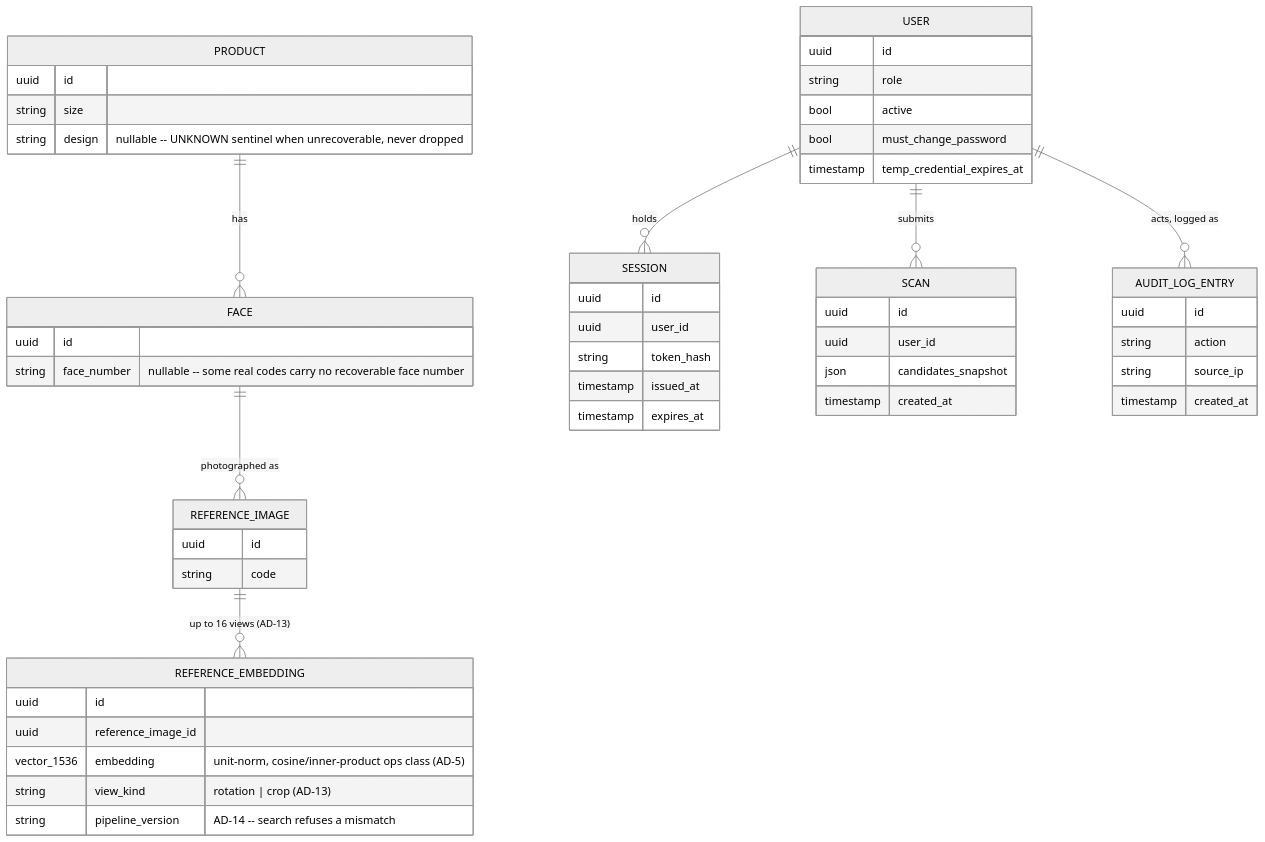
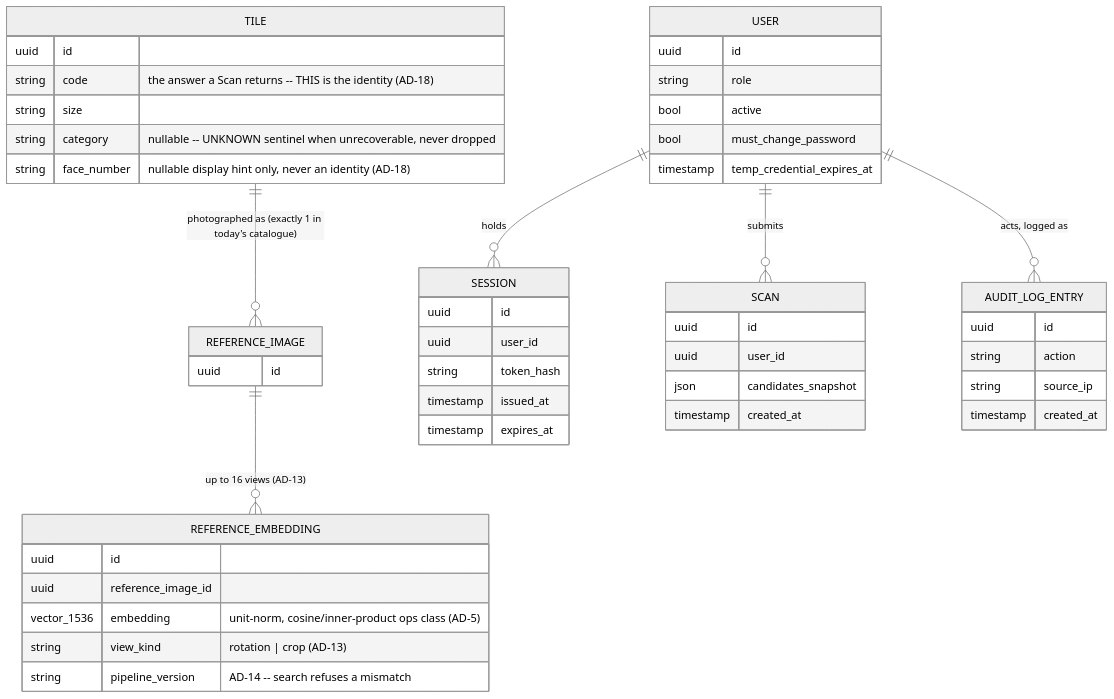
The second of 2 diagrams in _bmad-output/planning-artifacts/architecture/architecture-rcl_camera_app-2026-08-30/ARCHITECTURE-SPINE.md (SahanNagodaDigital400/rcl_camera_app), drawn with Mermaid (neutral theme) before and after one commit. The commit also changed other lines of this file and 13 other files, not shown here.

````diff
--- a/_bmad-output/planning-artifacts/architecture/architecture-rcl_camera_app-2026-08-30/ARCHITECTURE-SPINE.md
+++ b/_bmad-output/planning-artifacts/architecture/architecture-rcl_camera_app-2026-08-30/ARCHITECTURE-SPINE.md
@@ -193,56 +211,52 @@
 ```mermaid
 erDiagram
-  PRODUCT ||--o{ FACE : has
-  FACE ||--o{ REFERENCE_IMAGE : "photographed as"
+  TILE ||--o{ REFERENCE_IMAGE : "photographed as (exactly 1 in today's catalogue)"
   REFERENCE_IMAGE ||--o{ REFERENCE_EMBEDDING : "up to 16 views (AD-13)"
   USER ||--o{ SESSION : holds
   USER ||--o{ SCAN : submits
   USER ||--o{ AUDIT_LOG_ENTRY : "acts, logged as"
 
-  PRODUCT {
+  TILE {
     uuid id
+    string code "the answer a Scan returns -- THIS is the identity (AD-18)"
     string size
-    string design "nullable -- UNKNOWN sentinel when unrecoverable, never dropped"
-  }
-  FACE {
-    uuid id
-    string face_number "nullable -- some real codes carry no recoverable face number"
+    string category "nullable -- UNKNOWN sentinel when unrecoverable, never dropped"
+    string face_number "nullable display hint only, never an identity (AD-18)"
   }
   REFERENCE_IMAGE {
     uuid id
-    string code
   }
   REFERENCE_EMBEDDING {
     uuid id
     uuid reference_image_id
     vector_1536 embedding "unit-norm, cosine/inner-product ops class (AD-5)"
     string view_kind "rotation | crop (AD-13)"
     string pipeline_version "AD-14 -- search refuses a mismatch"
   }
   USER {
     uuid id
     string role
     bool active
     bool must_change_password
     timestamp temp_credential_expires_at
   }
   SESSION {
     uuid id
     uuid user_id
     string token_hash
     timestamp issued_at
     timestamp expires_at
   }
   SCAN {
     uuid id
     uuid user_id
     json candidates_snapshot
     timestamp created_at
   }
   AUDIT_LOG_ENTRY {
     uuid id
     string action
     string source_ip
     timestamp created_at
   }
 ```
````
